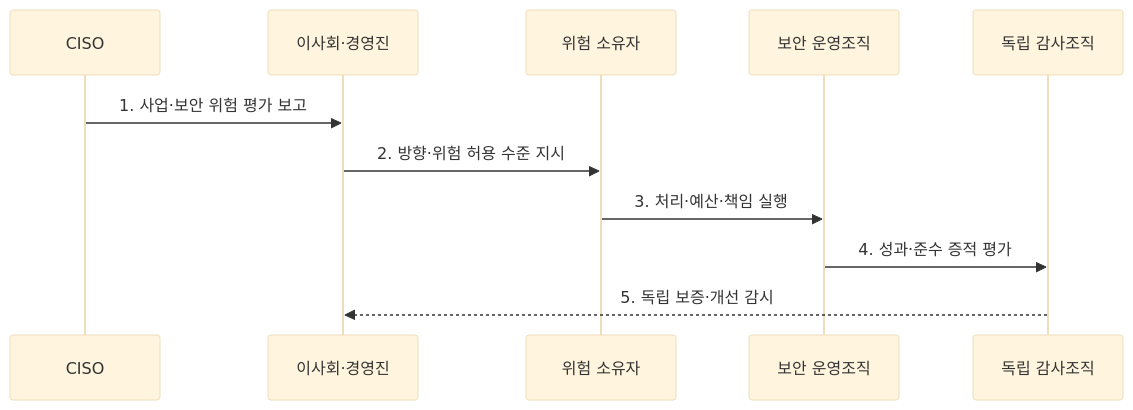
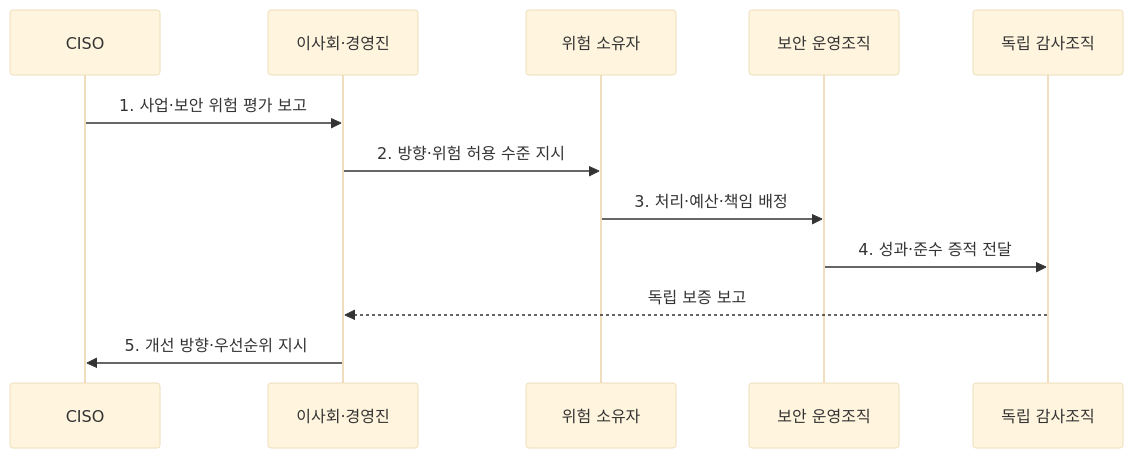
The second of 2 diagrams in src/content/docs/notes/05-security/112_information_security_governance.md (agnusdei1207/knowledge-base), drawn with Mermaid (base theme) before and after one commit. The commit also changed other lines of this file and 20 other files, not shown here.

````diff
--- a/src/content/docs/notes/05-security/112_information_security_governance.md
+++ b/src/content/docs/notes/05-security/112_information_security_governance.md
@@ -78,13 +79,14 @@
 ```mermaid
 sequenceDiagram
   participant C as CISO
   participant B as 이사회·경영진
   participant R as 위험 소유자
   participant O as 보안 운영조직
   participant A as 독립 감사조직
   C->>B: 1. 사업·보안 위험 평가 보고
   B->>R: 2. 방향·위험 허용 수준 지시
-  R->>O: 3. 처리·예산·책임 실행
-  O->>A: 4. 성과·준수 증적 평가
-  A-->>B: 5. 독립 보증·개선 감시
+  R->>O: 3. 처리·예산·책임 배정
+  O->>A: 4. 성과·준수 증적 전달
+  A-->>B: 독립 보증 보고
+  B->>C: 5. 개선 방향·우선순위 지시
 ```
````
